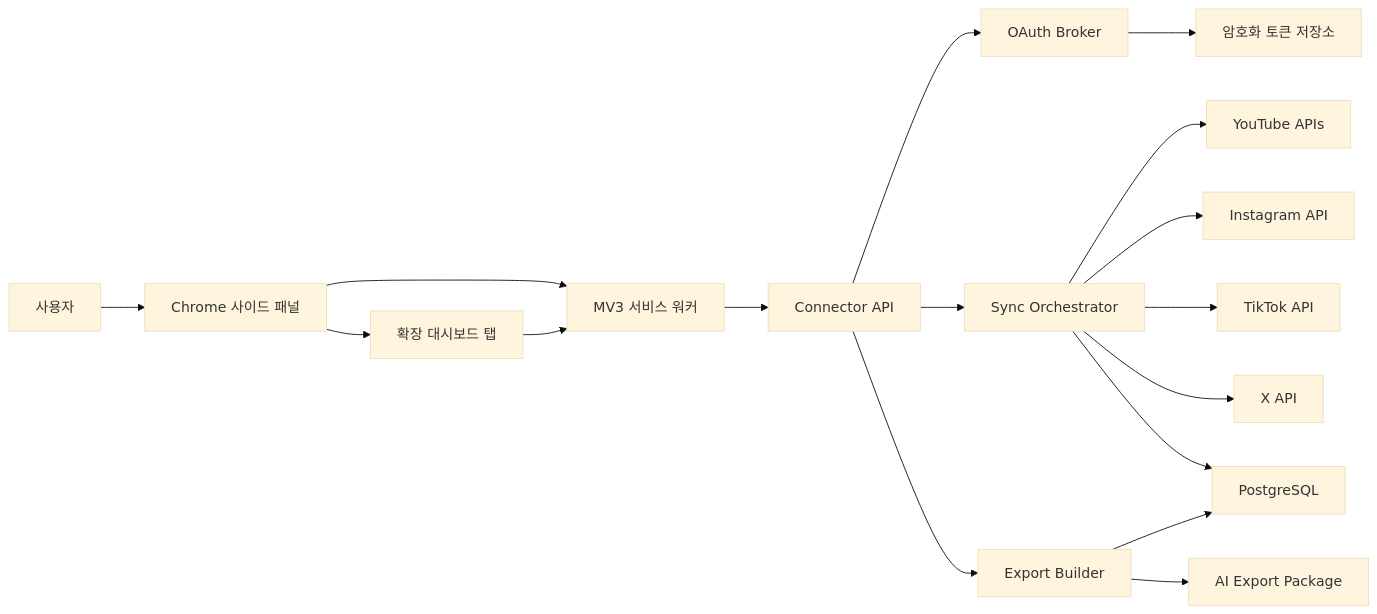
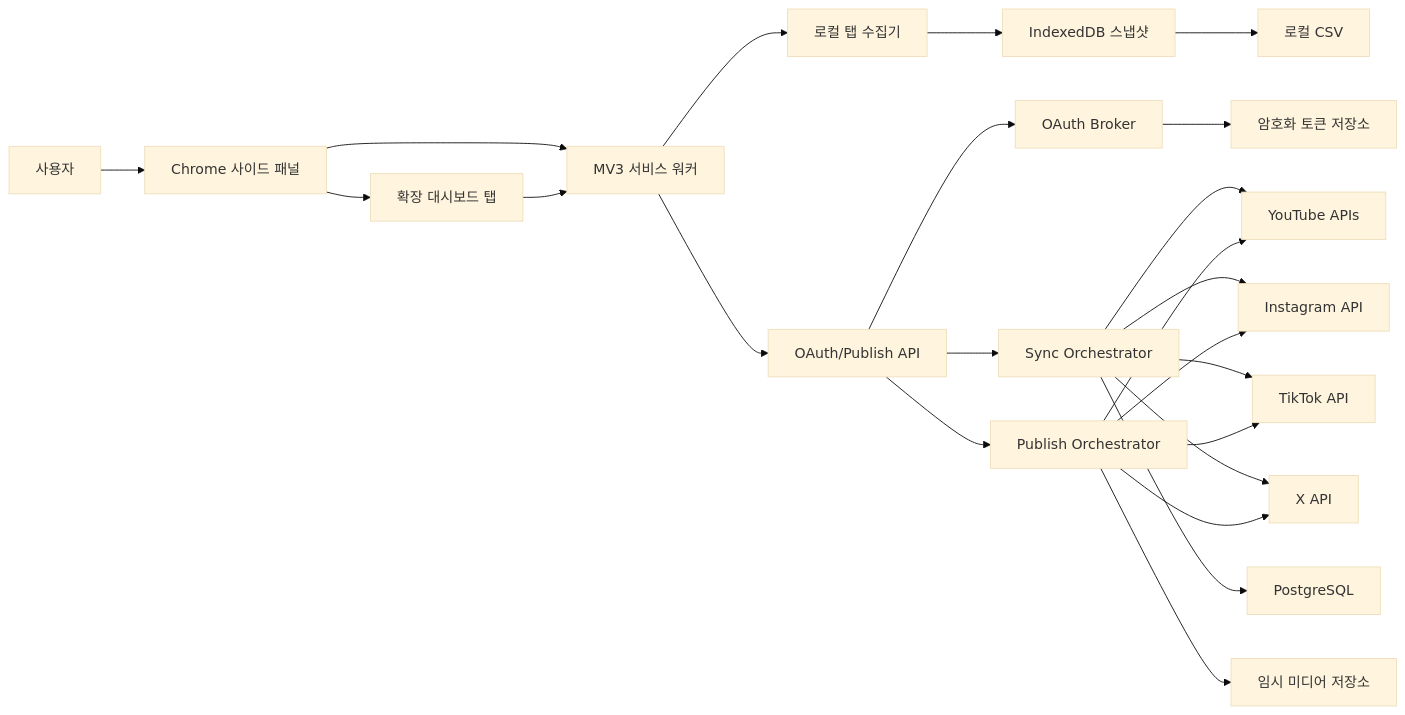
The first of 2 diagrams in docs/ARCHITECTURE.md (Enceladus-X/creator-data-bridge), drawn with Mermaid (base theme) before and after one commit. The commit also changed other lines of this file and 6 other files, not shown here.

````diff
--- a/docs/ARCHITECTURE.md
+++ b/docs/ARCHITECTURE.md
@@ -11,19 +11,25 @@
 ```mermaid
 flowchart LR
     U["사용자"] --> SP["Chrome 사이드 패널"]
     SP --> DB["확장 대시보드 탭"]
     SP --> SW["MV3 서비스 워커"]
     DB --> SW
-    SW --> API["Connector API"]
+    SW --> BT["로컬 탭 수집기"]
+    BT --> IDB["IndexedDB 스냅샷"]
+    IDB --> EXL["로컬 CSV"]
+    SW --> API["OAuth/Publish API"]
     API --> OA["OAuth Broker"]
     API --> SY["Sync Orchestrator"]
-    API --> EX["Export Builder"]
+    API --> PUB["Publish Orchestrator"]
+    PUB --> OBJ["임시 미디어 저장소"]
     OA --> TV["암호화 토큰 저장소"]
     SY --> YT["YouTube APIs"]
     SY --> IG["Instagram API"]
     SY --> TT["TikTok API"]
     SY --> XA["X API"]
     SY --> PG["PostgreSQL"]
-    EX --> PG
-    EX --> PKG["AI Export Package"]
+    PUB --> YT
+    PUB --> IG
+    PUB --> TT
+    PUB --> XA
 ```
````
